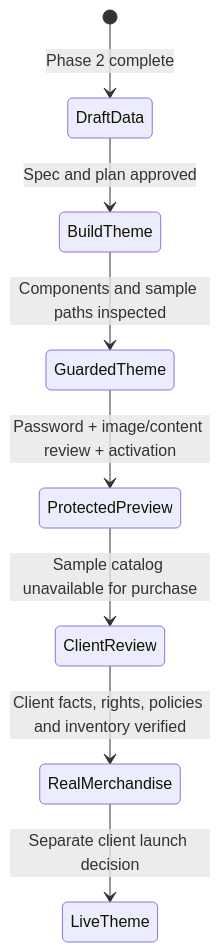
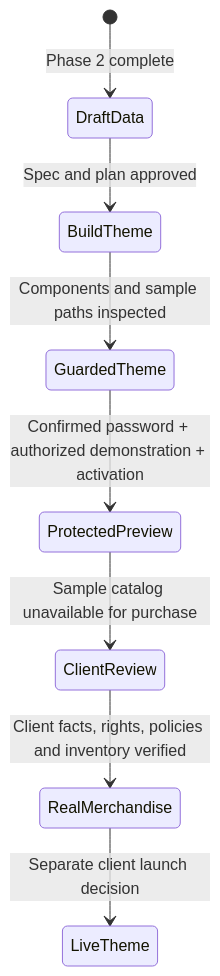
One commit to juppy-dev/tcpfbasics changed the second of 2 diagrams in docs/diagrams/shopify-theme-architecture.md. Above: the diagram before and after it, drawn with Mermaid. The commit also changed other lines of this file and 7 other files, not shown here.

````diff
--- a/docs/diagrams/shopify-theme-architecture.md
+++ b/docs/diagrams/shopify-theme-architecture.md
@@ -24,10 +24,10 @@
 ```mermaid
 stateDiagram-v2
     [*] --> DraftData: Phase 2 complete
     DraftData --> BuildTheme: Spec and plan approved
     BuildTheme --> GuardedTheme: Components and sample paths inspected
-    GuardedTheme --> ProtectedPreview: Password + image/content review + activation
+    GuardedTheme --> ProtectedPreview: Confirmed password + authorized demonstration + activation
     ProtectedPreview --> ClientReview: Sample catalog unavailable for purchase
     ClientReview --> RealMerchandise: Client facts, rights, policies and inventory verified
     RealMerchandise --> LiveTheme: Separate client launch decision
 ```
````
